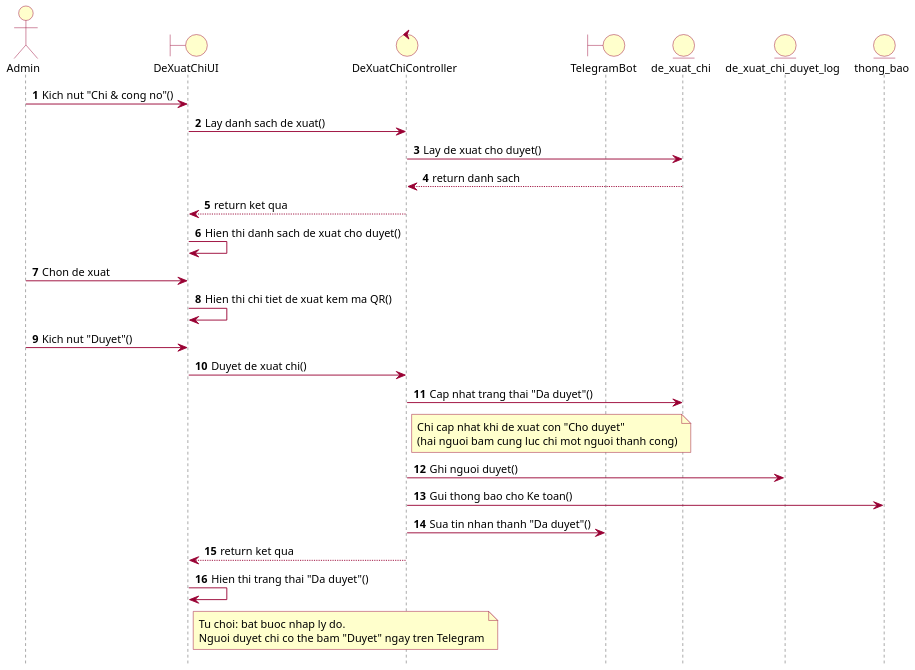
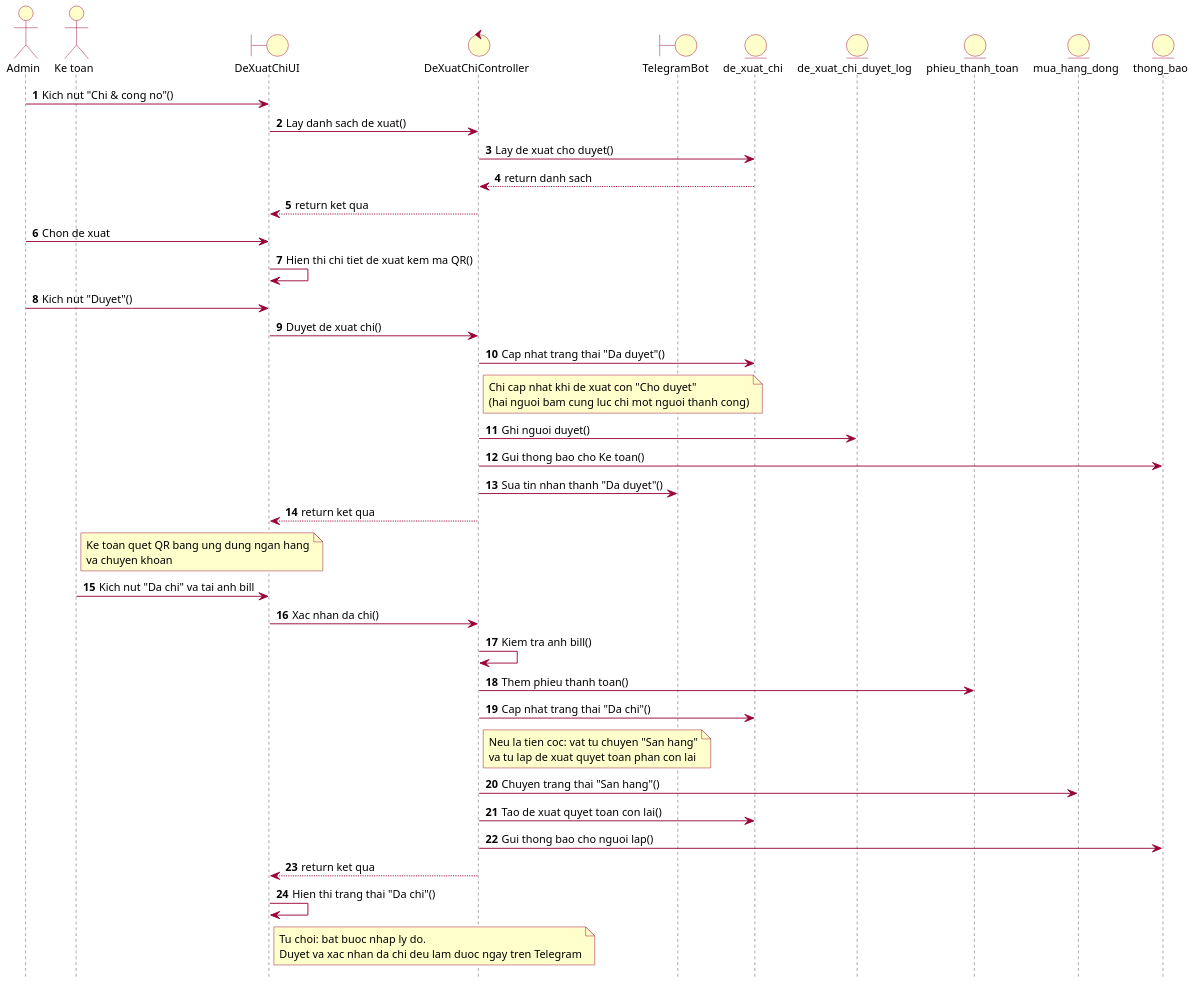
Before and after one commit to simunaroo/ERP: the diagram in _hinh/puml_rose/seq_duyet_chi.puml, drawn with PlantUML. The commit also changed 70 other files, not shown here.

First line of the commit message:
docs: cap nhat README, so do va cong cu bao cao (bao cao rut gon con 74 trang)

```diff
--- a/_hinh/puml_rose/seq_duyet_chi.puml
+++ b/_hinh/puml_rose/seq_duyet_chi.puml
@@ -1,59 +1,78 @@
 @startuml seq_duyet_chi
 !pragma layout smetana
 skinparam dpi 150
 skinparam defaultFontName Arial
 skinparam defaultFontSize 12
 skinparam shadowing false
 skinparam ArrowColor #990033
 skinparam ActorBorderColor #990033
 skinparam ActorBackgroundColor #FFFFCC
 skinparam UsecaseBorderColor #990033
 skinparam UsecaseBackgroundColor #FFFFCC
 skinparam ClassBorderColor #990033
 skinparam ClassBackgroundColor #FFFFCC
 skinparam ParticipantBorderColor #990033
 skinparam ParticipantBackgroundColor #FFFFCC
 skinparam BoundaryBackgroundColor #FFFFCC
 skinparam BoundaryBorderColor #990033
 skinparam ControlBackgroundColor #FFFFCC
 skinparam ControlBorderColor #990033
 skinparam EntityBackgroundColor #FFFFCC
 skinparam EntityBorderColor #990033
 skinparam SequenceLifeLineBorderColor #444444
 skinparam NoteBackgroundColor #FFFFCC
 skinparam NoteBorderColor #990033
 skinparam packageStyle rectangle
 autonumber
 hide footbox
 actor "Admin" as U
+actor "Ke toan" as KT
 boundary "DeXuatChiUI" as UI
 control "DeXuatChiController" as C
 boundary "TelegramBot" as TG
 entity "de_xuat_chi" as DX
 entity "de_xuat_chi_duyet_log" as LOG
+entity "phieu_thanh_toan" as PTT
+entity "mua_hang_dong" as MH
 entity "thong_bao" as TB
 U -> UI : Kich nut "Chi & cong no"()
 UI -> C : Lay danh sach de xuat()
 C -> DX : Lay de xuat cho duyet()
 DX --> C : return danh sach
 C --> UI : return ket qua
-UI -> UI : Hien thi danh sach de xuat cho duyet()
 U -> UI : Chon de xuat
 UI -> UI : Hien thi chi tiet de xuat kem ma QR()
 U -> UI : Kich nut "Duyet"()
 UI -> C : Duyet de xuat chi()
 C -> DX : Cap nhat trang thai "Da duyet"()
 note right of C
 Chi cap nhat khi de xuat con "Cho duyet"
 (hai nguoi bam cung luc chi mot nguoi thanh cong)
 end note
 C -> LOG : Ghi nguoi duyet()
 C -> TB : Gui thong bao cho Ke toan()
 C -> TG : Sua tin nhan thanh "Da duyet"()
 C --> UI : return ket qua
-UI -> UI : Hien thi trang thai "Da duyet"()
+note right of KT
+Ke toan quet QR bang ung dung ngan hang
+va chuyen khoan
+end note
+KT -> UI : Kich nut "Da chi" va tai anh bill
+UI -> C : Xac nhan da chi()
+C -> C : Kiem tra anh bill()
+C -> PTT : Them phieu thanh toan()
+C -> DX : Cap nhat trang thai "Da chi"()
+note right of C
+Neu la tien coc: vat tu chuyen "San hang"
+va tu lap de xuat quyet toan phan con lai
+end note
+C -> MH : Chuyen trang thai "San hang"()
+C -> DX : Tao de xuat quyet toan con lai()
+C -> TB : Gui thong bao cho nguoi lap()
+C --> UI : return ket qua
+UI -> UI : Hien thi trang thai "Da chi"()
 note right of UI
 Tu choi: bat buoc nhap ly do.
-Nguoi duyet chi co the bam "Duyet" ngay tren Telegram
+Duyet va xac nhan da chi deu lam duoc ngay tren Telegram
 end note
 @enduml
```
